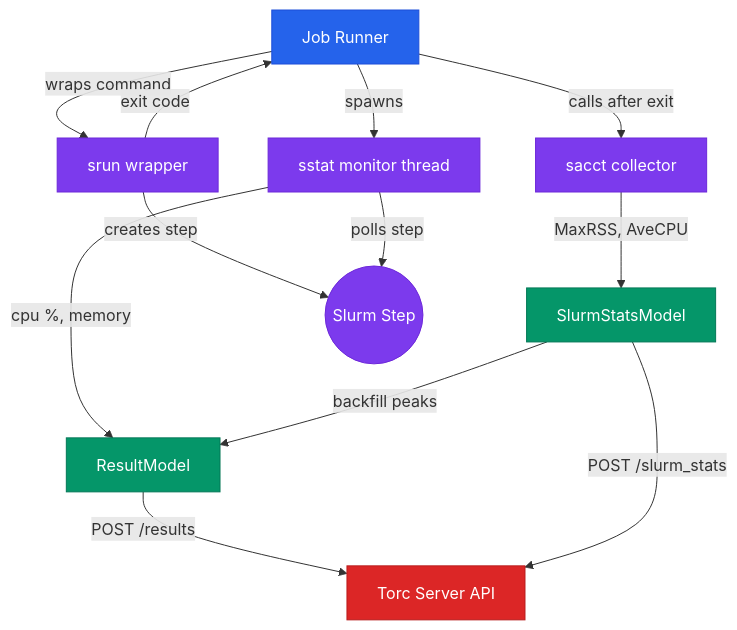
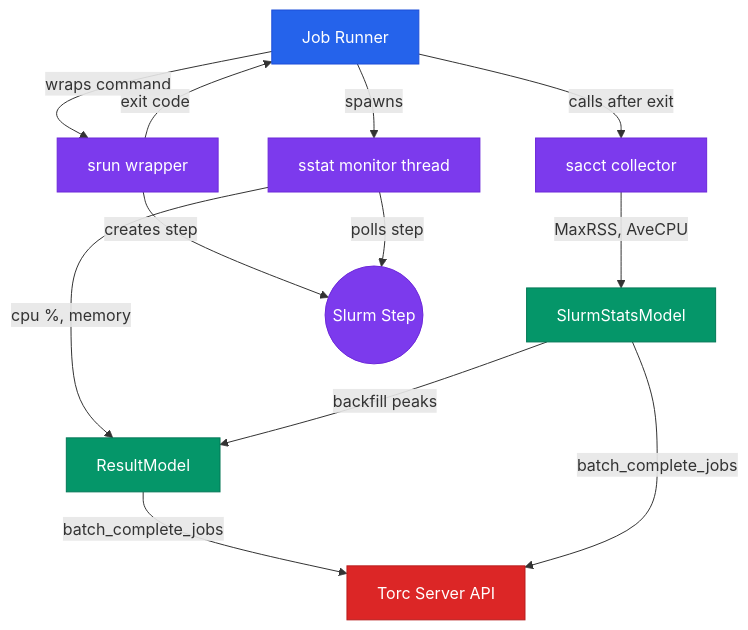
The first of 6 diagrams in docs/src/specialized/design/srun-monitoring.md (NatLabRockies/torc), drawn with Mermaid before and after one commit. The commit also changed other lines of this file and 27 other files, not shown here.

First line of the commit message:
Carry output-file mtimes and Slurm stats in the job completion payload (#530)

````diff
--- a/docs/src/specialized/design/srun-monitoring.md
+++ b/docs/src/specialized/design/srun-monitoring.md
@@ -20,27 +20,27 @@
 ```mermaid
 flowchart TD
     classDef runner fill:#2563eb,color:#fff,stroke:#1d4ed8
     classDef slurm fill:#7c3aed,color:#fff,stroke:#6d28d9
     classDef data fill:#059669,color:#fff,stroke:#047857
     classDef server fill:#dc2626,color:#fff,stroke:#b91c1c
 
     JR[Job Runner]:::runner
     SRUN[srun wrapper]:::slurm
     SSTAT[sstat monitor thread]:::slurm
     SACCT[sacct collector]:::slurm
     RES[ResultModel]:::data
     SS[SlurmStatsModel]:::data
     API[Torc Server API]:::server
 
     JR -->|wraps command| SRUN
     JR -->|spawns| SSTAT
     SRUN -->|creates step| STEP((Slurm Step)):::slurm
     SSTAT -->|polls step| STEP
     SSTAT -->|cpu %, memory| RES
     SRUN -->|exit code| JR
     JR -->|calls after exit| SACCT
     SACCT -->|MaxRSS, AveCPU| SS
     SS -->|backfill peaks| RES
-    RES -->|POST /results| API
-    SS -->|POST /slurm_stats| API
+    RES -->|batch_complete_jobs| API
+    SS -->|batch_complete_jobs| API
 ```
````
